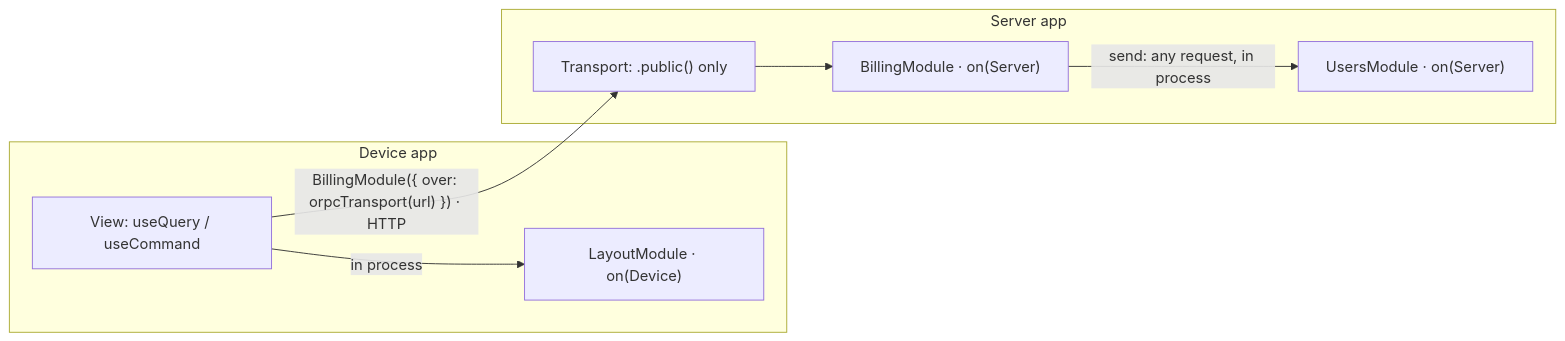
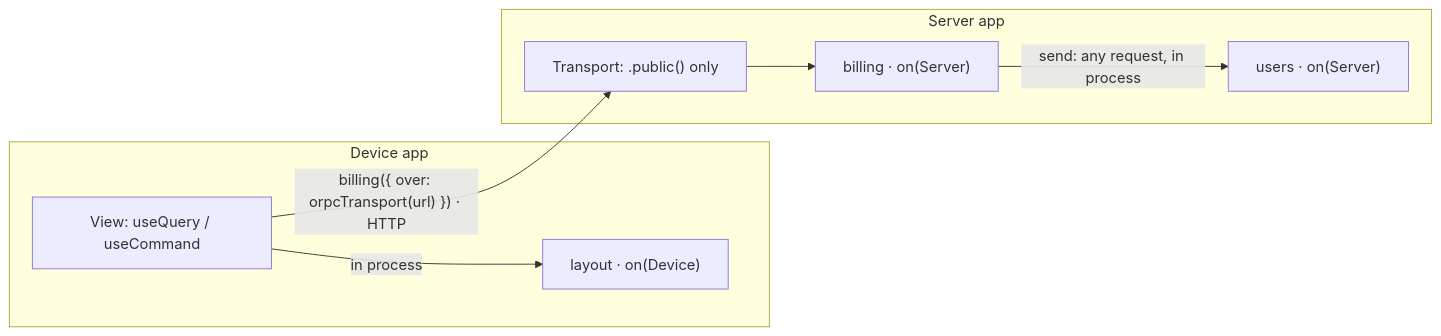
Before and after one commit to sumilabshq/sumi: the second of 3 diagrams in docs/architecture/README.md, drawn with Mermaid. The commit also changed other lines of this file and 51 other files, not shown here.

````diff
--- a/docs/architecture/README.md
+++ b/docs/architecture/README.md
@@ -72,16 +74,16 @@
 ```mermaid
 flowchart LR
 	subgraph device["Device app"]
 		view["View: useQuery / useCommand"]
-		layout["LayoutModule · on(Device)"]
+		layout["layout · on(Device)"]
 	end
 	subgraph api["Server app"]
 		wire["Transport: .public() only"]
-		billing["BillingModule · on(Server)"]
-		users["UsersModule · on(Server)"]
+		billing["billing · on(Server)"]
+		users["users · on(Server)"]
 	end
 	view -->|in process| layout
-	view -->|"BillingModule({ over: orpcTransport(url) }) · HTTP"| wire
+	view -->|"billing({ over: orpcTransport(url) }) · HTTP"| wire
 	wire --> billing
 	billing -->|"send: any request, in process"| users
 ```
````
